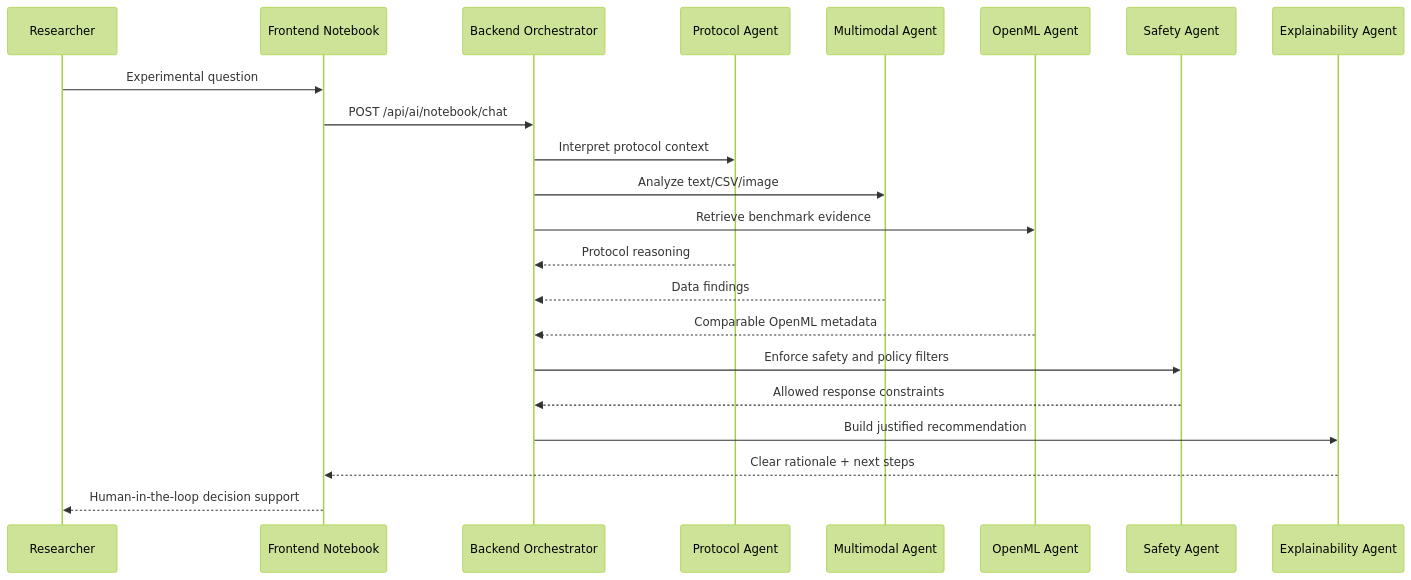
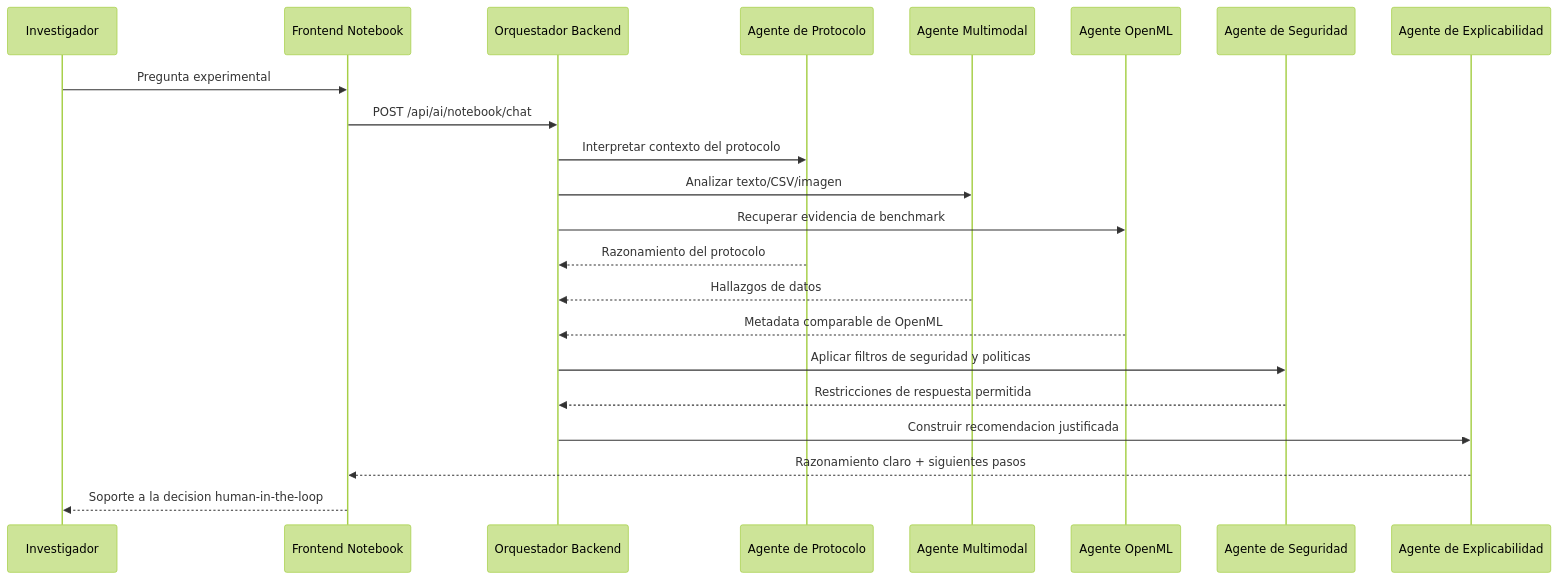
The second of 2 diagrams in profile/README.md (Sapient-Lab/.github), drawn with Mermaid (forest theme) before and after one commit. The commit also changed other lines of this file, not shown here.

````diff
--- a/profile/README.md
+++ b/profile/README.md
@@ -94,25 +94,25 @@
 ```mermaid
 sequenceDiagram
-	participant User as Researcher
+	participant User as Investigador
 	participant UI as Frontend Notebook
-	participant API as Backend Orchestrator
-	participant PI as Protocol Agent
-	participant MM as Multimodal Agent
-	participant OM as OpenML Agent
-	participant SG as Safety Agent
-	participant EX as Explainability Agent
+	participant API as Orquestador Backend
+	participant PI as Agente de Protocolo
+	participant MM as Agente Multimodal
+	participant OM as Agente OpenML
+	participant SG as Agente de Seguridad
+	participant EX as Agente de Explicabilidad
 
-	User->>UI: Experimental question
+	User->>UI: Pregunta experimental
 	UI->>API: POST /api/ai/notebook/chat
-	API->>PI: Interpret protocol context
-	API->>MM: Analyze text/CSV/image
-	API->>OM: Retrieve benchmark evidence
-	PI-->>API: Protocol reasoning
-	MM-->>API: Data findings
-	OM-->>API: Comparable OpenML metadata
-	API->>SG: Enforce safety and policy filters
-	SG-->>API: Allowed response constraints
-	API->>EX: Build justified recommendation
-	EX-->>UI: Clear rationale + next steps
-	UI-->>User: Human-in-the-loop decision support
+	API->>PI: Interpretar contexto del protocolo
+	API->>MM: Analizar texto/CSV/imagen
+	API->>OM: Recuperar evidencia de benchmark
+	PI-->>API: Razonamiento del protocolo
+	MM-->>API: Hallazgos de datos
+	OM-->>API: Metadata comparable de OpenML
+	API->>SG: Aplicar filtros de seguridad y politicas
+	SG-->>API: Restricciones de respuesta permitida
+	API->>EX: Construir recomendacion justificada
+	EX-->>UI: Razonamiento claro + siguientes pasos
+	UI-->>User: Soporte a la decision human-in-the-loop
 ```
````
